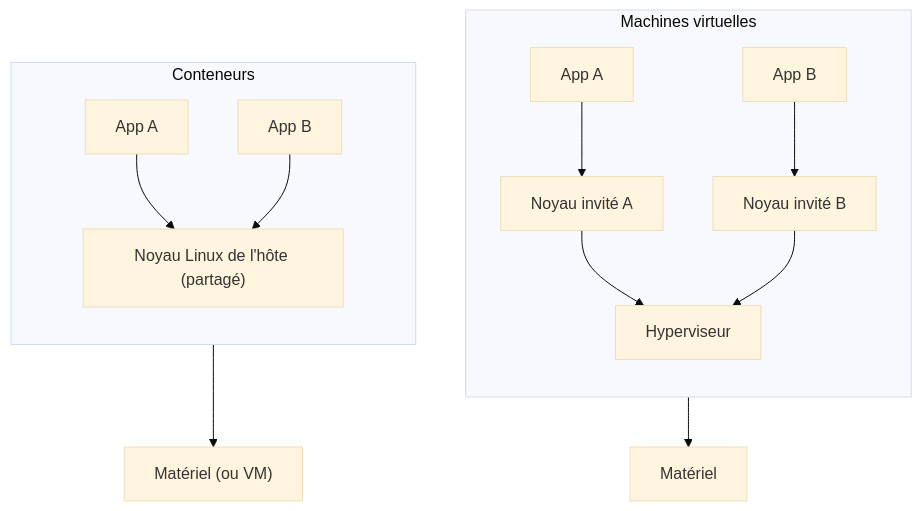
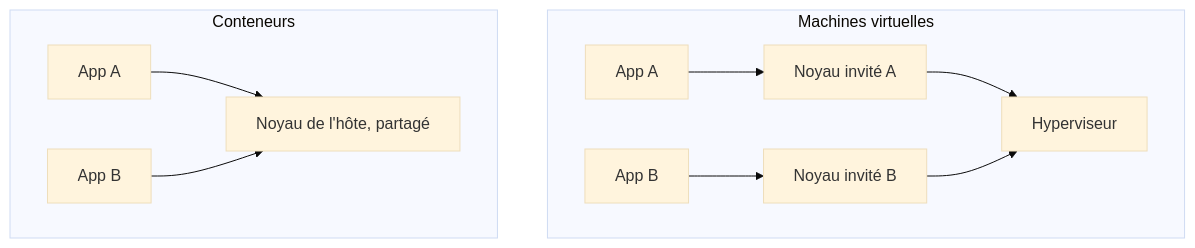
The diagram in docs/Isolation-des-conteneurs.md (astronas/Ynov---Containerization-Orchestration), drawn with Mermaid (base theme) before and after one commit. The commit also changed other lines of this file and 160 other files, not shown here.

First line of the commit message:
Refonte visuelle : charte des rendus de TP, illustrations et captures réelles

````diff
--- a/docs/Isolation-des-conteneurs.md
+++ b/docs/Isolation-des-conteneurs.md
@@ -175,17 +126,13 @@
 ```mermaid
 flowchart TB
     subgraph VM["Machines virtuelles"]
-        direction TB
         a1["App A"] --> k1["Noyau invité A"]
         a2["App B"] --> k2["Noyau invité B"]
         k1 --> hv["Hyperviseur"]
         k2 --> hv
     end
     subgraph CT["Conteneurs"]
-        direction TB
-        c1["App A"] --> kn["Noyau Linux de l'hôte (partagé)"]
+        c1["App A"] --> kn["Noyau de l'hôte, partagé"]
         c2["App B"] --> kn
     end
-    hv --> hw1["Matériel"]
-    kn --> hw2["Matériel (ou VM)"]
 ```
````
